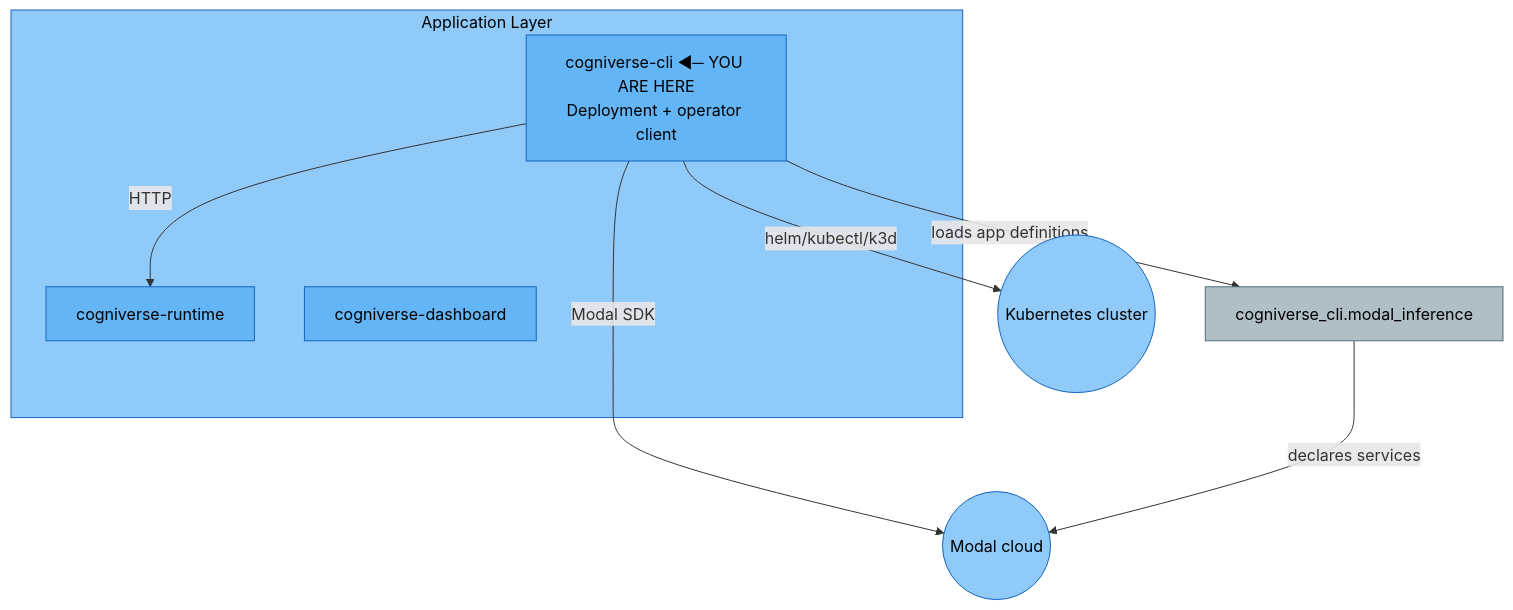
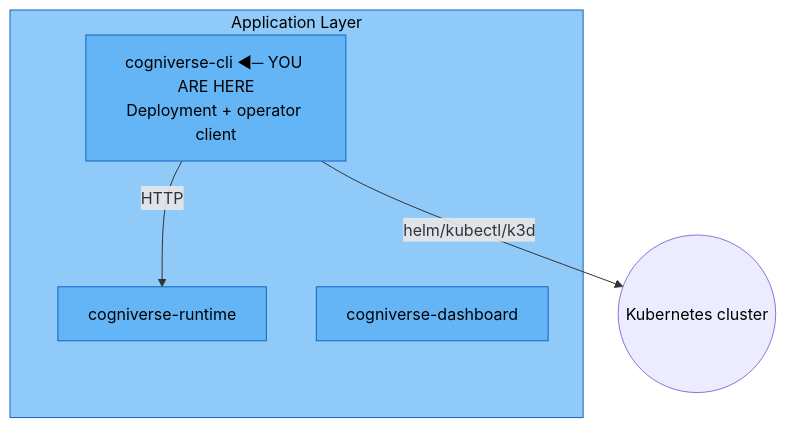
One commit to amit-jain/cogniverse changed the second of 2 diagrams in docs/modules/cli.md. Above: the diagram before and after it, drawn with Mermaid. The commit also changed other lines of this file, not shown here.

Commit message:
Document CLI commands and deps

````diff
--- a/docs/modules/cli.md
+++ b/docs/modules/cli.md
@@ -679,22 +271,16 @@
 ```mermaid
 flowchart TB
     subgraph AppLayer["<span style='color:#000'>Application Layer</span>"]
         CLI["<span style='color:#000'>cogniverse-cli ◄─ YOU ARE HERE<br/>Deployment + operator client</span>"]
         Runtime["<span style='color:#000'>cogniverse-runtime</span>"]
         Dashboard["<span style='color:#000'>cogniverse-dashboard</span>"]
     end
 
     CLI -->|helm/kubectl/k3d| K8s(("<span style='color:#000'>Kubernetes cluster</span>"))
     CLI -->|HTTP| Runtime
-    CLI -->|loads app definitions| ModalDefs["<span style='color:#000'>cogniverse_cli.modal_inference</span>"]
-    CLI -->|Modal SDK| Modal(("<span style='color:#000'>Modal cloud</span>"))
-    ModalDefs -->|declares services| Modal
 
     style AppLayer fill:#90caf9,stroke:#1565c0,color:#000
     style CLI fill:#64b5f6,stroke:#1565c0,color:#000
     style Runtime fill:#64b5f6,stroke:#1565c0,color:#000
     style Dashboard fill:#64b5f6,stroke:#1565c0,color:#000
-    style K8s fill:#90caf9,stroke:#1565c0,color:#000
-    style ModalDefs fill:#b0bec5,stroke:#546e7a,color:#000
-    style Modal fill:#90caf9,stroke:#1565c0,color:#000
 ```
````
